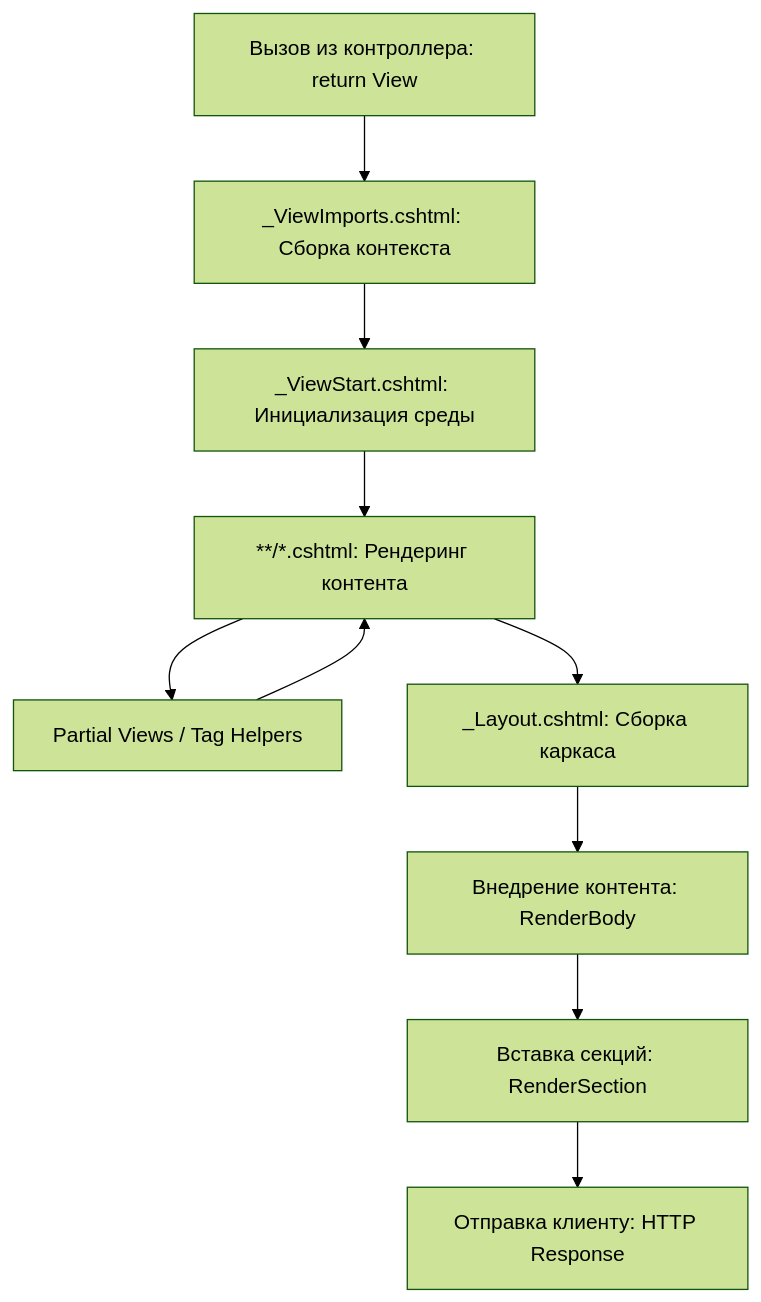
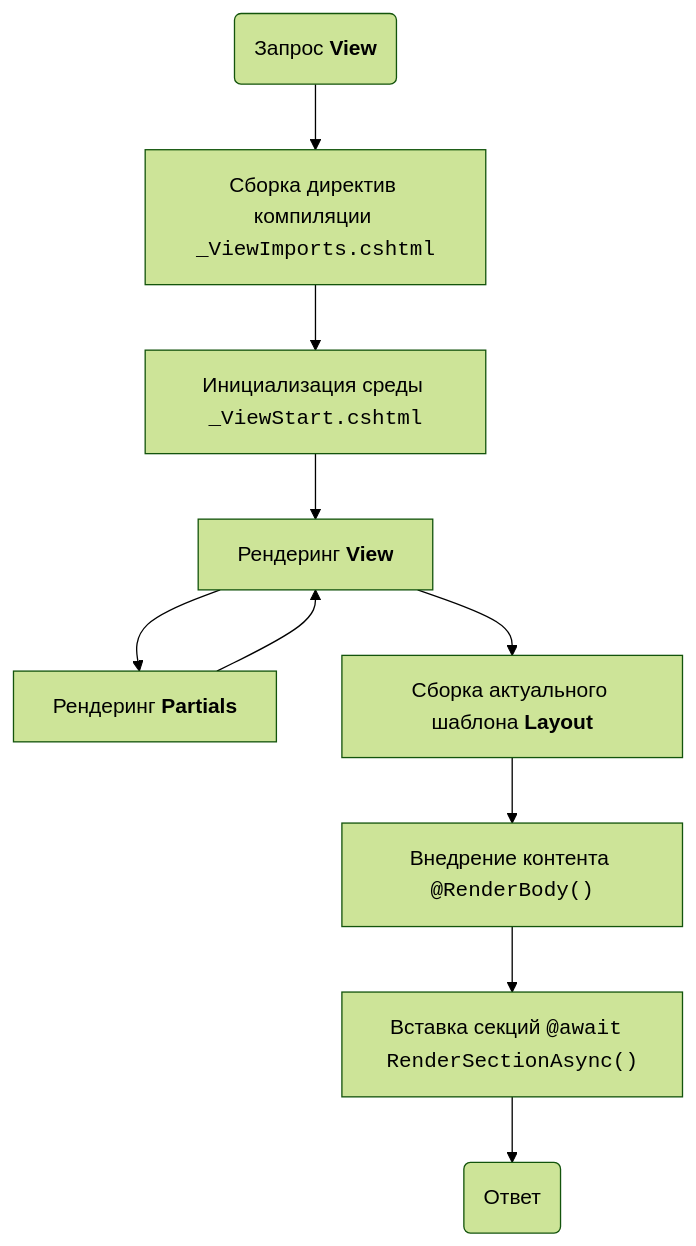
One commit to RomanKoff/Ans.Net10 changed the diagram in _docs/docs/ans_net10_cms/view_render_livecircle.md. Above: the diagram before and after it, drawn with Mermaid (forest theme). The commit also changed 4 other files, not shown here.

````diff
--- a/_docs/docs/ans_net10_cms/view_render_livecircle.md
+++ b/_docs/docs/ans_net10_cms/view_render_livecircle.md
@@ -108,12 +108,12 @@
 ```mermaid
-graph TD
-    A[Вызов из контроллера: return View] --> B[_ViewImports.cshtml: Сборка контекста]
-    B --> C[_ViewStart.cshtml: Инициализация среды]
-    C --> D[**/*.cshtml: Рендеринг контента]
-    D --> E[Partial Views / Tag Helpers]
-    E --> D
-    D --> F[_Layout.cshtml: Сборка каркаса]
-    F --> G[Внедрение контента: RenderBody]
-    G --> H[Вставка секций: RenderSection]
-    H --> I[Отправка клиенту: HTTP Response]
+graph TD;
+    A(Запрос <strong>View</strong>) --> B[Сборка директив компиляции <code>_ViewImports.cshtml</code>];
+    B --> C[Инициализация среды <code>_ViewStart.cshtml</code>];
+    C --> D[Рендеринг <strong>View</strong>];
+    D --> E[Рендеринг <strong>Partials</strong>];
+    E --> D;
+    D --> F[Сборка актуального шаблона <strong>Layout</strong>];
+    F --> G["Внедрение контента <code>@RenderBody()</code>"];
+    G --> H["Вставка секций <code>@await RenderSectionAsync()</code>"];
+    H --> I(Ответ);
 ```
````
